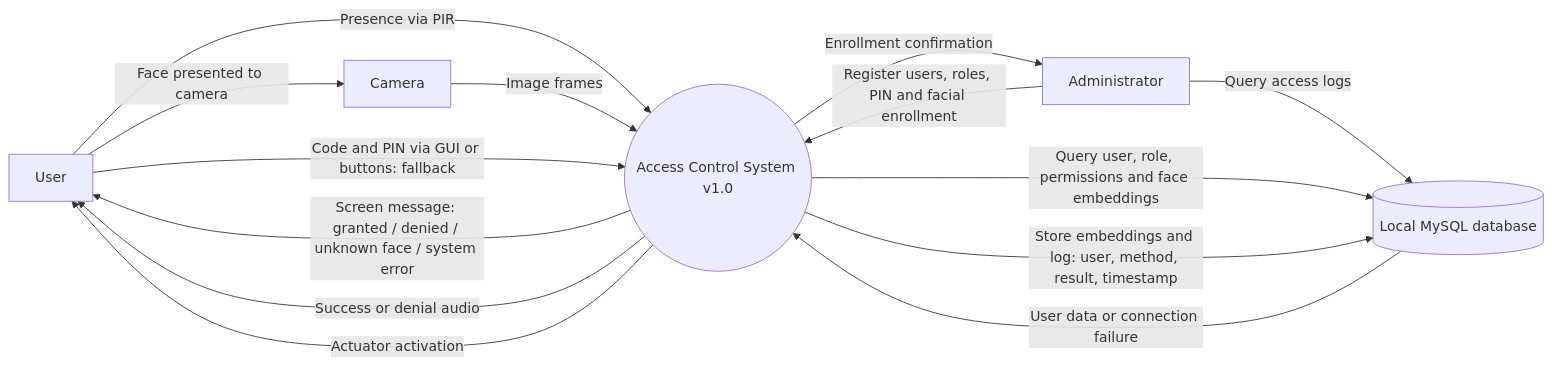
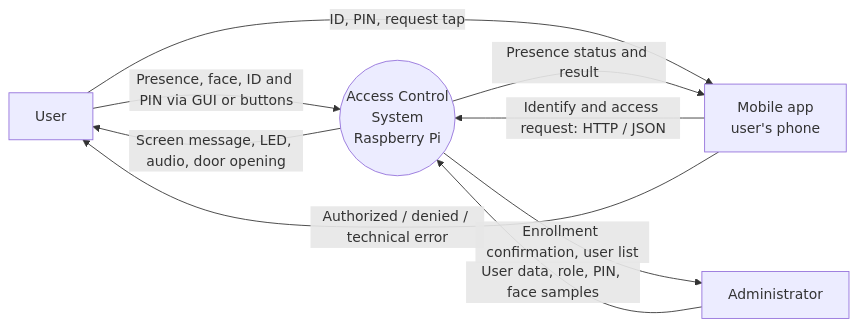
Before and after one commit to MrGodie/ControlAccesoRPI: the diagram in docs/dfd-0.md, drawn with Mermaid. The commit also changed 2 other files, not shown here.

Commit message:
PIC-104 Update the data model and data flow diagrams

````diff
--- a/docs/dfd-0.md
+++ b/docs/dfd-0.md
@@ -1,25 +1,18 @@
 ```mermaid
 flowchart LR
     U[User]
+    APP[Mobile app<br/>user's phone]
     A[Administrator]
-    CAM[Camera]
-    DB[(Local MySQL database)]
-    S((Access Control System v1.0))
+    S((Access Control<br/>System<br/>Raspberry Pi))
 
-    U -->|Presence via PIR| S
-    U -->|Face presented to camera| CAM
-    CAM -->|Image frames| S
-    U -->|Code and PIN via GUI or buttons: fallback| S
+    U -->|Presence, face, ID and PIN via GUI or buttons| S
+    S -->|Screen message, LED, audio, door opening| U
 
-    S -->|Screen message: granted / denied / unknown face / system error| U
-    S -->|Success or denial audio| U
-    S -->|Actuator activation| U
+    U -->|ID, PIN, request tap| APP
+    APP -->|Identify and access request: HTTP / JSON| S
+    S -->|Presence status and result| APP
+    APP -->|Authorized / denied / technical error| U
 
-    A -->|Register users, roles, PIN and facial enrollment| S
-    S -->|Enrollment confirmation| A
-    A -->|Query access logs| DB
-
-    S -->|Query user, role, permissions and face embeddings| DB
-    DB -->|User data or connection failure| S
-    S -->|Store embeddings and log: user, method, result, timestamp| DB
+    A -->|User data, role, PIN, face samples| S
+    S -->|Enrollment confirmation, user list| A
 ```
````
